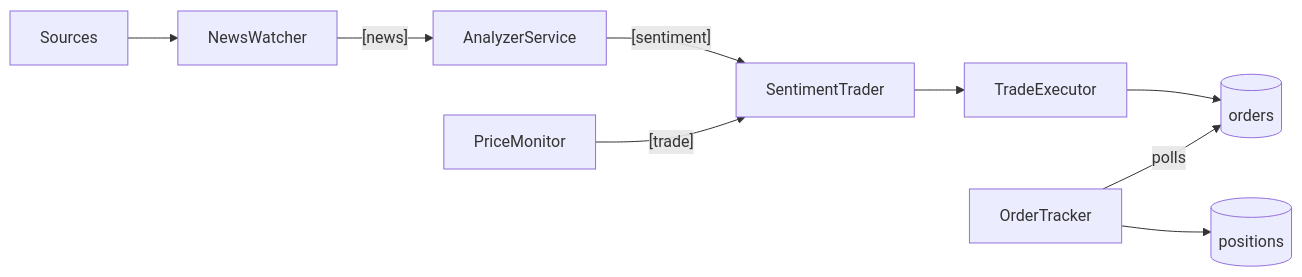
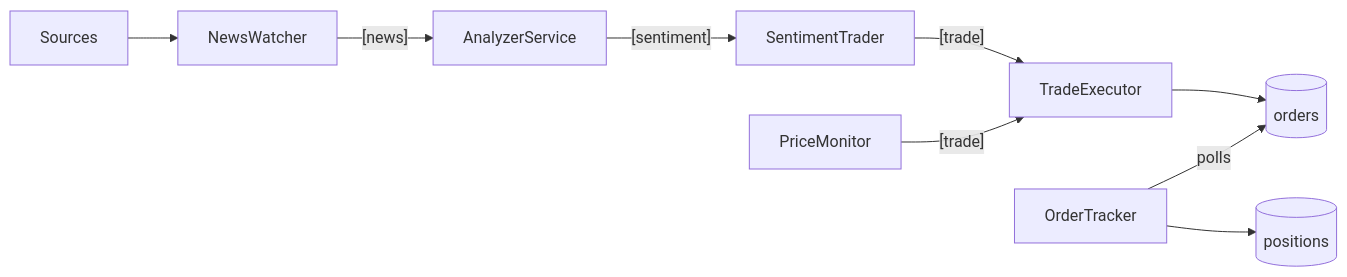
One commit to ProgramIsFun/EonTrading changed the diagram in README.md. Above: the diagram before and after it, drawn with Mermaid.

Commit message:
docs: fix pipeline diagram — PriceMonitor publishes directly to [trade]

````diff
--- a/README.md
+++ b/README.md
@@ -46,11 +46,11 @@
 ```mermaid
 graph LR
     Sources --> NewsWatcher
     NewsWatcher -->|"[news]"| AnalyzerService
     AnalyzerService -->|"[sentiment]"| SentimentTrader
-    PriceMonitor -->|"[trade]"| SentimentTrader
-    SentimentTrader --> TradeExecutor
+    SentimentTrader -->|"[trade]"| TradeExecutor
+    PriceMonitor -->|"[trade]"| TradeExecutor
     TradeExecutor --> Orders[(orders)]
     OrderTracker -->|polls| Orders
     OrderTracker --> PositionStore[(positions)]
 ```
````
